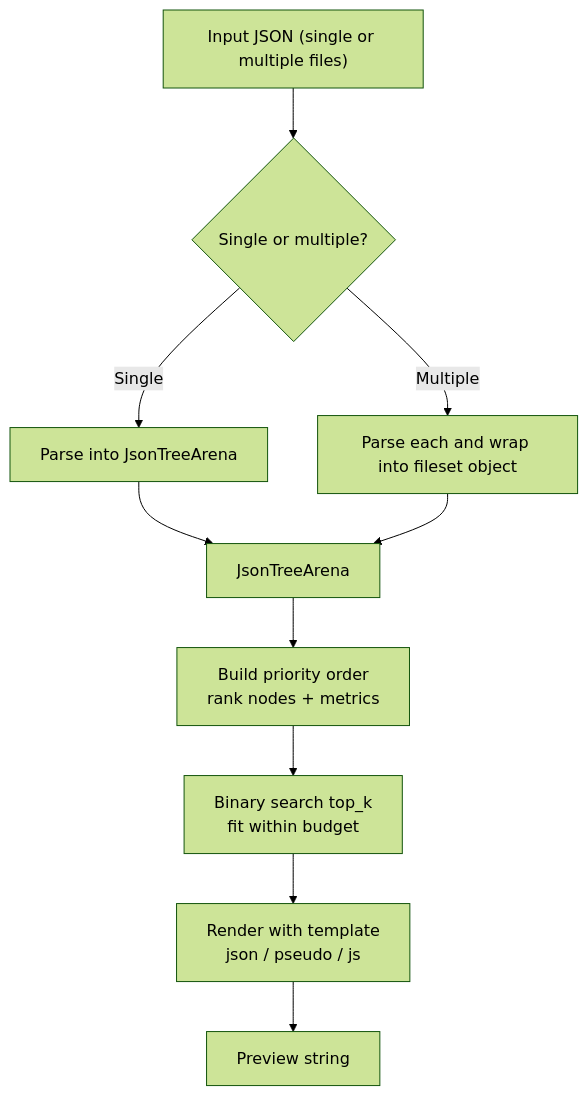
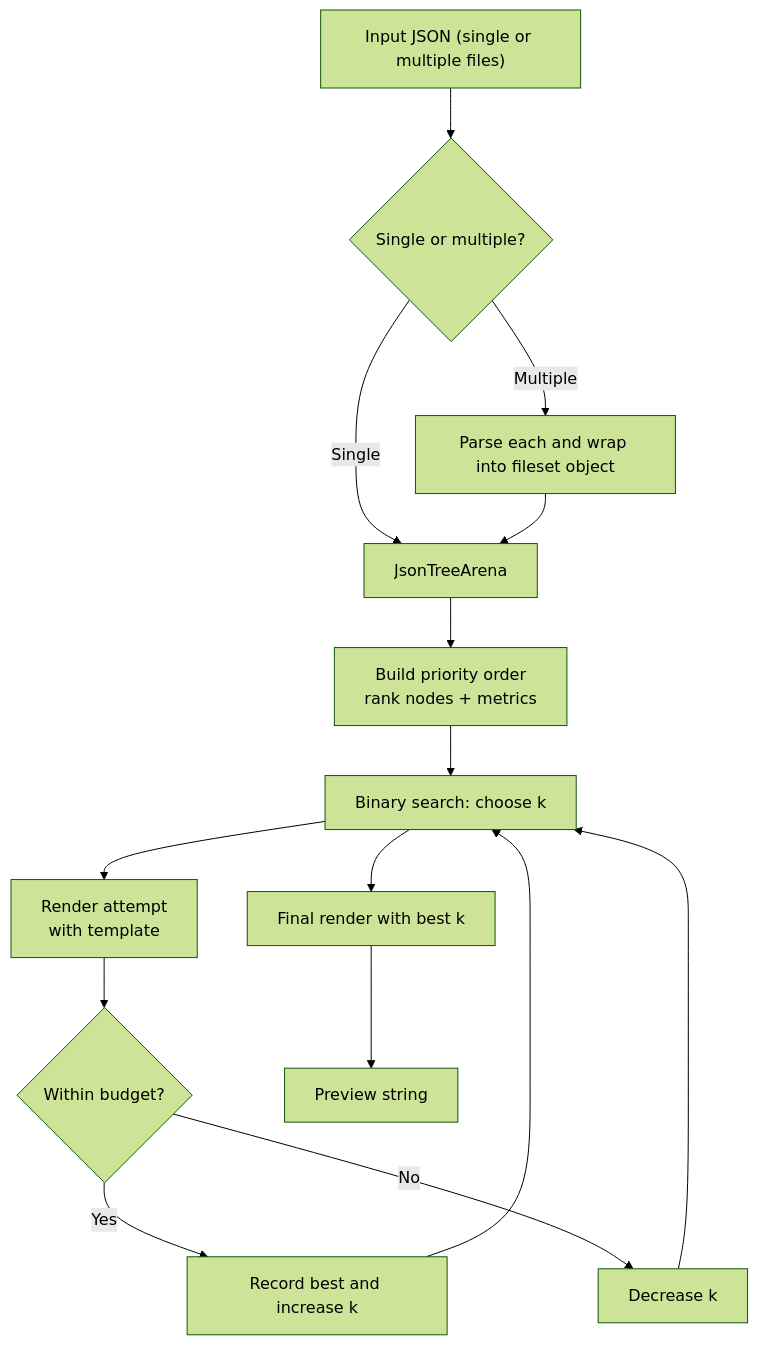
Before and after one commit to kantord/headson: the diagram in README.md, drawn with Mermaid (forest theme).

````diff
--- a/README.md
+++ b/README.md
@@ -153,12 +153,17 @@
 ```mermaid
-flowchart TD
-    A["Input JSON (single or multiple files)"] --> B{"Single or multiple?"}
-    B -- Single --> C["Parse into JsonTreeArena"]
+ flowchart TD
+     A["Input JSON (single or multiple files)"] --> B{"Single or multiple?"}
+    B -- Single --> X["JsonTreeArena"]
     B -- Multiple --> D["Parse each and wrap into fileset object"]
-    C --> X["JsonTreeArena"]
     D --> X
     X --> E["Build priority order<br/>rank nodes + metrics"]
-    E --> F["Binary search top_k<br/>fit within budget"]
-    F --> G["Render with template<br/>json / pseudo / js"]
-    G --> H["Preview string"]
+    E --> F["Binary search: choose k"]
+    F --> G["Render attempt<br/>with template"]
+    G --> H{"Within budget?"}
+    H -- Yes --> I["Record best and increase k"]
+    H -- No --> J["Decrease k"]
+    I --> F
+    J --> F
+    F --> K["Final render with best k"]
+    K --> L["Preview string"]
 ```
````
